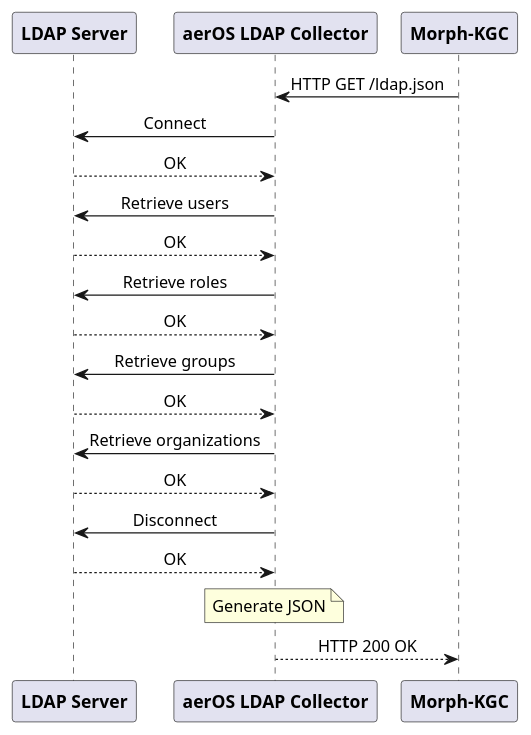
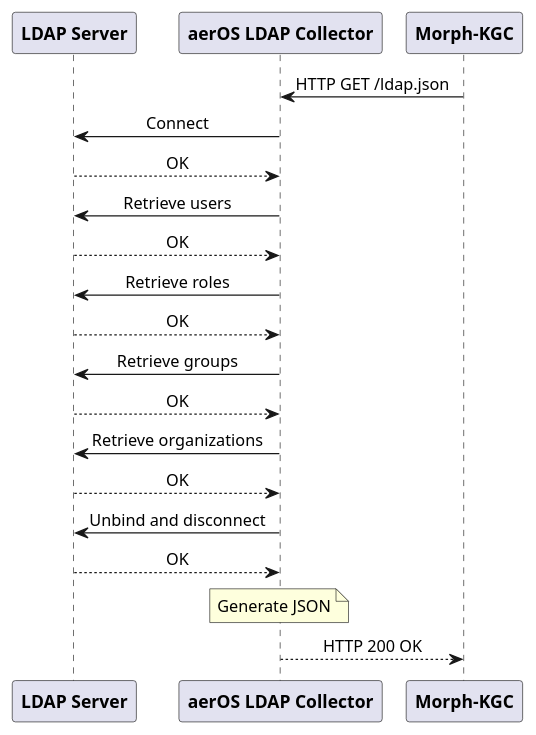
Before and after one commit to candil-data-fabric/aeros-ldap-collector: the diagram in docs/plantuml/sequence_diagram.plantuml, drawn with PlantUML. The commit also changed 7 other files, not shown here.

```diff
--- a/docs/plantuml/sequence_diagram.plantuml
+++ b/docs/plantuml/sequence_diagram.plantuml
@@ -1,26 +1,26 @@
 @startuml
 participant "<b>LDAP Server</b>" as LDAP_Server order 10
 participant "<b>aerOS LDAP Collector</b>" as LDAP_Collector order 20
 participant "<b>Morph-KGC</b>" as Morph order 30
 
 skinparam sequenceMessageAlign center
 
 Morph -> LDAP_Collector: HTTP GET /ldap.json
 
 LDAP_Collector -> LDAP_Server: Connect
 LDAP_Server --> LDAP_Collector: OK
 LDAP_Collector -> LDAP_Server: Retrieve users
 LDAP_Server --> LDAP_Collector: OK
 LDAP_Collector -> LDAP_Server: Retrieve roles
 LDAP_Server --> LDAP_Collector: OK
 LDAP_Collector -> LDAP_Server: Retrieve groups
 LDAP_Server --> LDAP_Collector: OK
 LDAP_Collector -> LDAP_Server: Retrieve organizations
 LDAP_Server --> LDAP_Collector: OK
-LDAP_Collector -> LDAP_Server: Disconnect
+LDAP_Collector -> LDAP_Server: Unbind and disconnect
 LDAP_Server --> LDAP_Collector: OK
 
 note over LDAP_Collector: Generate JSON
 
 LDAP_Collector --> Morph: HTTP 200 OK
 @enduml
```
